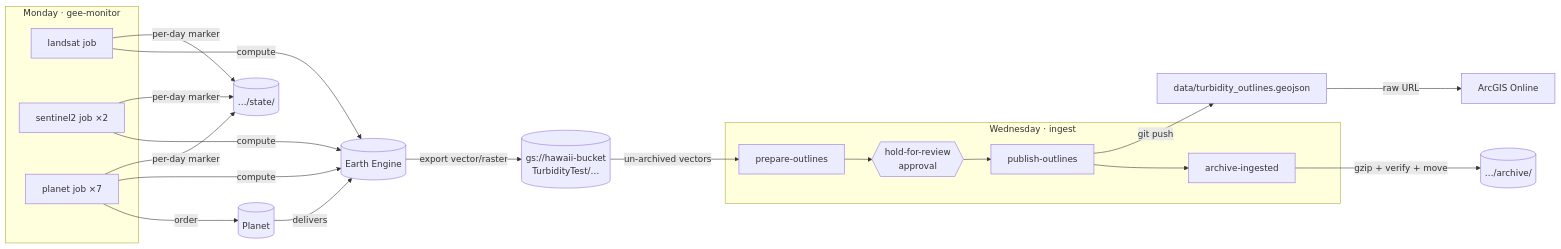
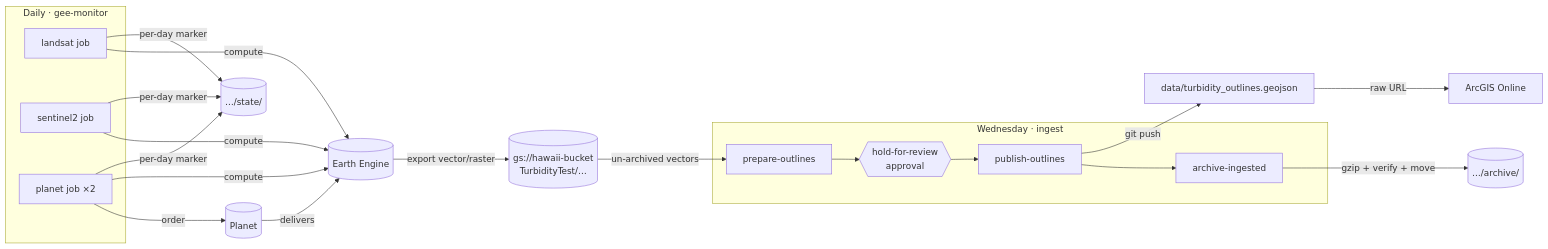
One commit to ASU-GDCS/akk_satellite_turbidity changed the diagram in README.md. Above: the diagram before and after it, drawn with Mermaid. The commit also changed other lines of this file and 1 other file, not shown here.

First line of the commit message:
Run gee-monitor daily instead of weekly

````diff
--- a/README.md
+++ b/README.md
@@ -21,17 +21,17 @@
 ```mermaid
 flowchart LR
-  subgraph Mon["Monday · gee-monitor"]
-    L[landsat job] & S[sentinel2 job ×2] & P[planet job ×7]
+  subgraph Mon["Daily · gee-monitor"]
+    L[landsat job] & S[sentinel2 job] & P[planet job ×2]
   end
   P -- order --> PL[(Planet)] -- delivers --> EE[(Earth Engine)]
   L & S & P -- compute --> EE
   EE -- export vector/raster --> B[(gs://hawaii-bucket<br/>TurbidityTest/…)]
   L & S & P -- per-day marker --> ST[(…/state/)]
   subgraph Wed["Wednesday · ingest"]
     PR[prepare-outlines] --> H{{hold-for-review<br/>approval}} --> PU[publish-outlines] --> AR[archive-ingested]
   end
   B -- un-archived vectors --> PR
   PU -- git push --> GJ[data/turbidity_outlines.geojson]
   GJ -- raw URL --> AGOL[ArcGIS Online]
   AR -- gzip + verify + move --> AV[(…/archive/)]
 ```
````
